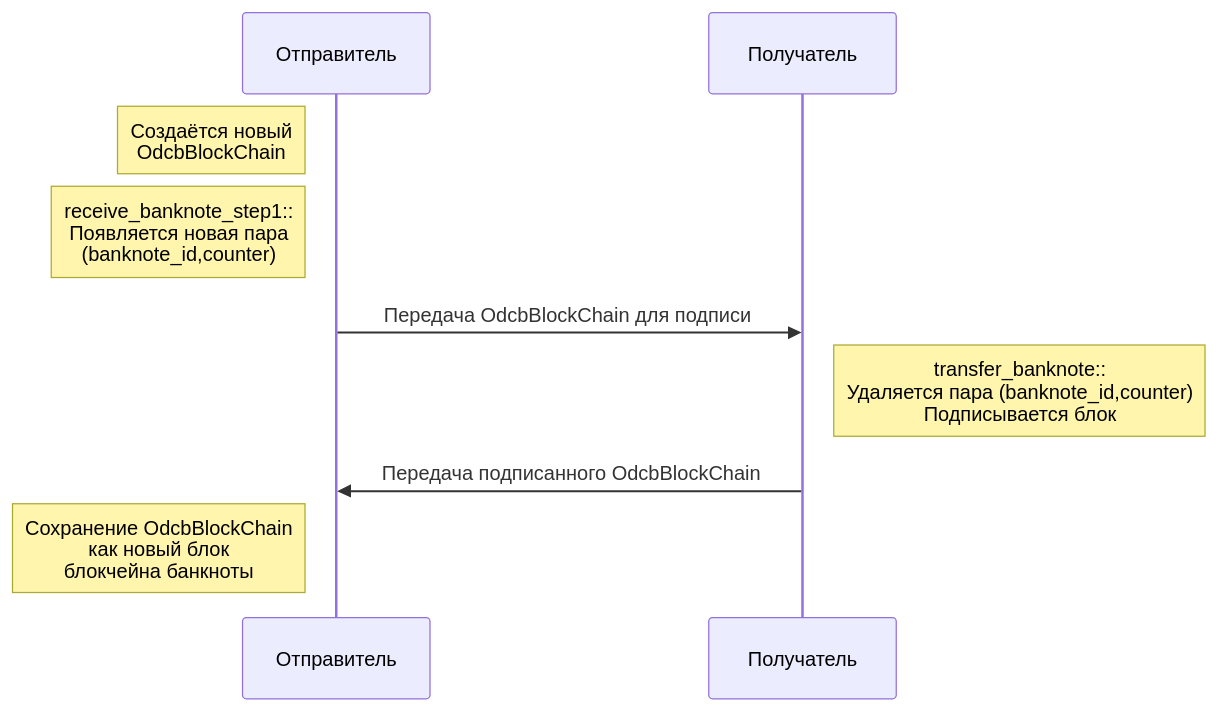
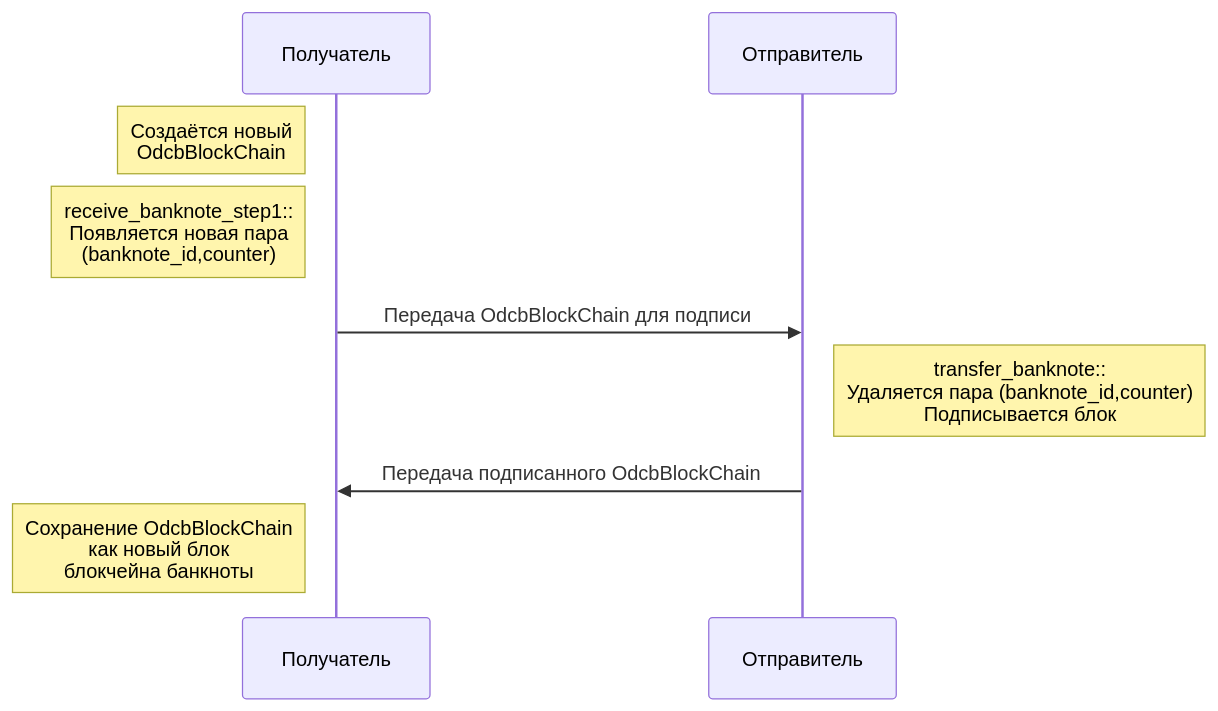
Before and after one commit to kib-sources/odc-doc: the first of 6 diagrams in docs/project3/banknote/broadcast/algorithm.md, drawn with Mermaid. The commit also changed other lines of this file, not shown here.

Commit message:
Поправил косяк с Отправитель-Получатель

````diff
--- a/docs/project3/banknote/broadcast/algorithm.md
+++ b/docs/project3/banknote/broadcast/algorithm.md
@@ -38,12 +38,12 @@
 ```mermaid
 sequenceDiagram
+    participant Получатель
     participant Отправитель
-    participant Получатель
-    Note left of Отправитель: Создаётся новый <br/> OdcbBlockChain
-    Note left of Отправитель: receive_banknote_step1:: <br/> Появляется новая пара <br/>(banknote_id,counter)
-    Отправитель->>Получатель: Передача OdcbBlockChain для подписи
-    Note right of Получатель: transfer_banknote:: <br/> Удаляется пара (banknote_id,counter) <br/> Подписывается блок
-    Получатель->>Отправитель: Передача подписанного OdcbBlockChain
-    Note left of Отправитель: Сохранение OdcbBlockChain <br/> как новый блок <br/> блокчейна банкноты
+    Note left of Получатель: Создаётся новый <br/> OdcbBlockChain
+    Note left of Получатель: receive_banknote_step1:: <br/> Появляется новая пара <br/>(banknote_id,counter)
+    Получатель->>Отправитель: Передача OdcbBlockChain для подписи
+    Note right of Отправитель: transfer_banknote:: <br/> Удаляется пара (banknote_id,counter) <br/> Подписывается блок
+    Отправитель->>Получатель: Передача подписанного OdcbBlockChain
+    Note left of Получатель: Сохранение OdcbBlockChain <br/> как новый блок <br/> блокчейна банкноты
     
 ```
````
